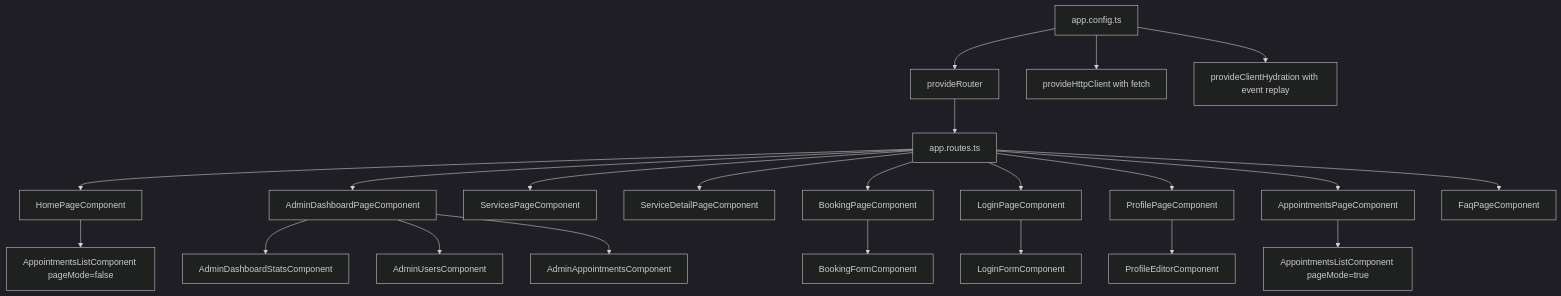
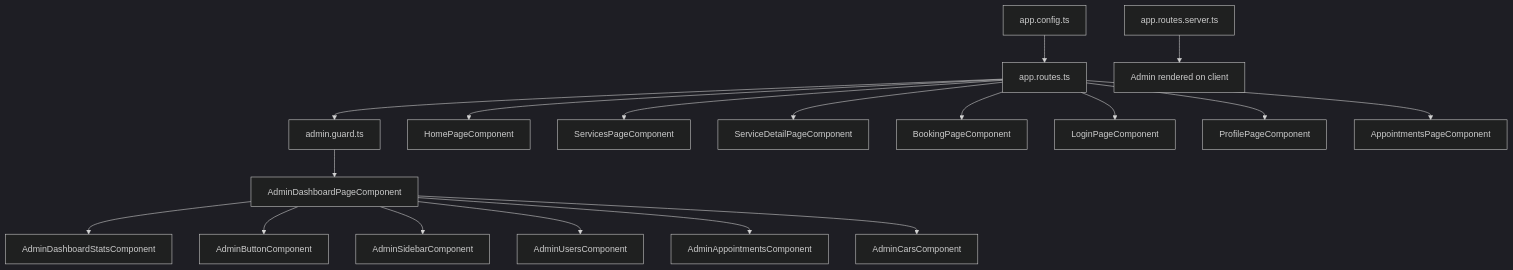
One commit to yassineao/poetsanders changed the second of 9 diagrams in README.md. Above: the diagram before and after it, drawn with Mermaid (dark theme). The commit also changed other lines of this file and 1 other file, not shown here.

````diff
--- a/README.md
+++ b/README.md
@@ -219,31 +244,26 @@
 ```mermaid
 flowchart TD
     AppConfig[app.config.ts]
-    RouterProvider[provideRouter]
-    HttpProvider[provideHttpClient with fetch]
-    Hydration[provideClientHydration with event replay]
+    Routes[app.routes.ts]
+    ServerRoutes[app.routes.server.ts]
+    Guard[admin.guard.ts]
 
-    AppConfig --> RouterProvider
-    AppConfig --> HttpProvider
-    AppConfig --> Hydration
-
-    RouterProvider --> Routes[app.routes.ts]
+    AppConfig --> Routes
     Routes --> Home[HomePageComponent]
-    Routes --> Admin[AdminDashboardPageComponent]
     Routes --> Services[ServicesPageComponent]
-    Routes --> Detail[ServiceDetailPageComponent]
-    Routes --> Book[BookingPageComponent]
+    Routes --> ServiceDetail[ServiceDetailPageComponent]
+    Routes --> Booking[BookingPageComponent]
     Routes --> Login[LoginPageComponent]
     Routes --> Profile[ProfilePageComponent]
     Routes --> Appointments[AppointmentsPageComponent]
-    Routes --> FAQ[FaqPageComponent]
+    Routes --> Guard
+    Guard --> Admin[AdminDashboardPageComponent]
+    ServerRoutes --> AdminClientRender[Admin rendered on client]
 
-    Home --> Preview[AppointmentsListComponent pageMode=false]
-    Book --> BookingForm[BookingFormComponent]
-    Login --> LoginForm[LoginFormComponent]
-    Profile --> ProfileEditor[ProfileEditorComponent]
-    Appointments --> History[AppointmentsListComponent pageMode=true]
     Admin --> Stats[AdminDashboardStatsComponent]
+    Admin --> Shortcuts[AdminButtonComponent]
+    Admin --> Sidebar[AdminSidebarComponent]
     Admin --> Users[AdminUsersComponent]
     Admin --> AdminAppointments[AdminAppointmentsComponent]
+    Admin --> Cars[AdminCarsComponent]
 ```
````
